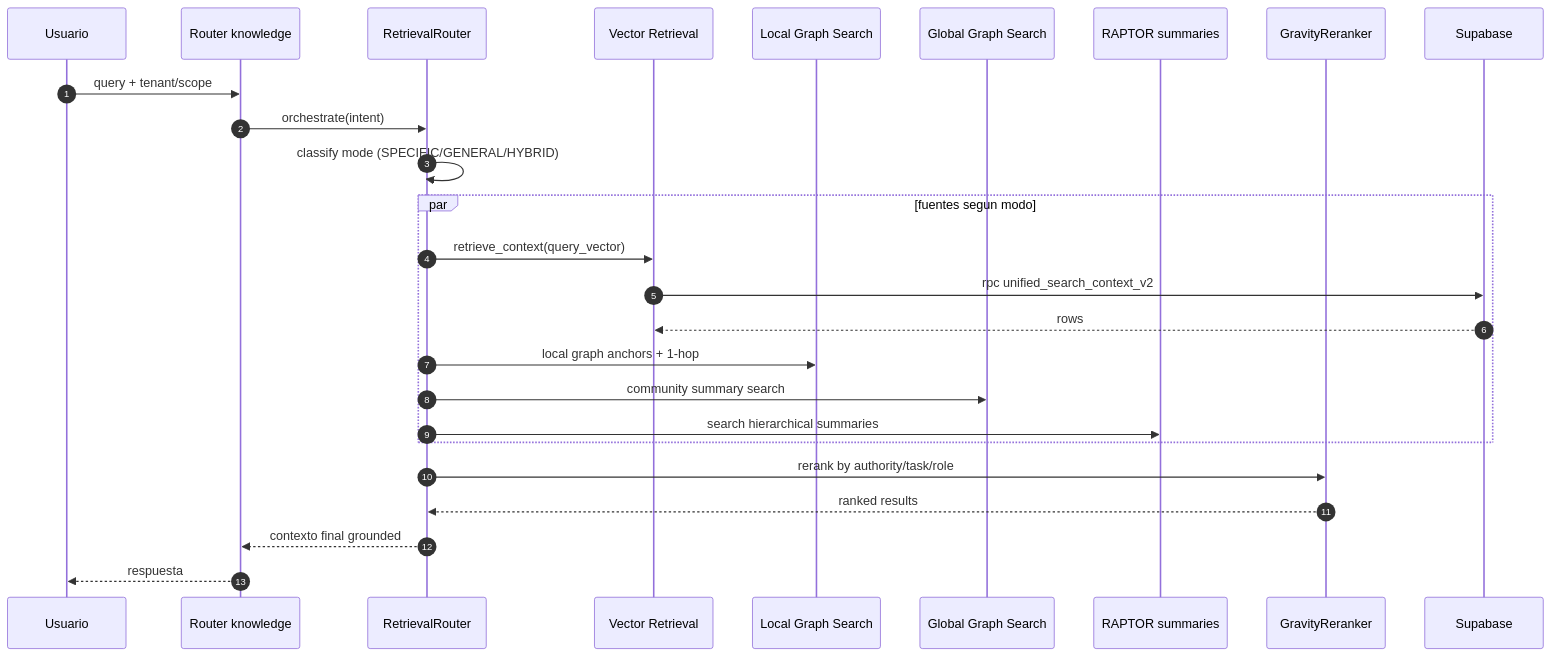
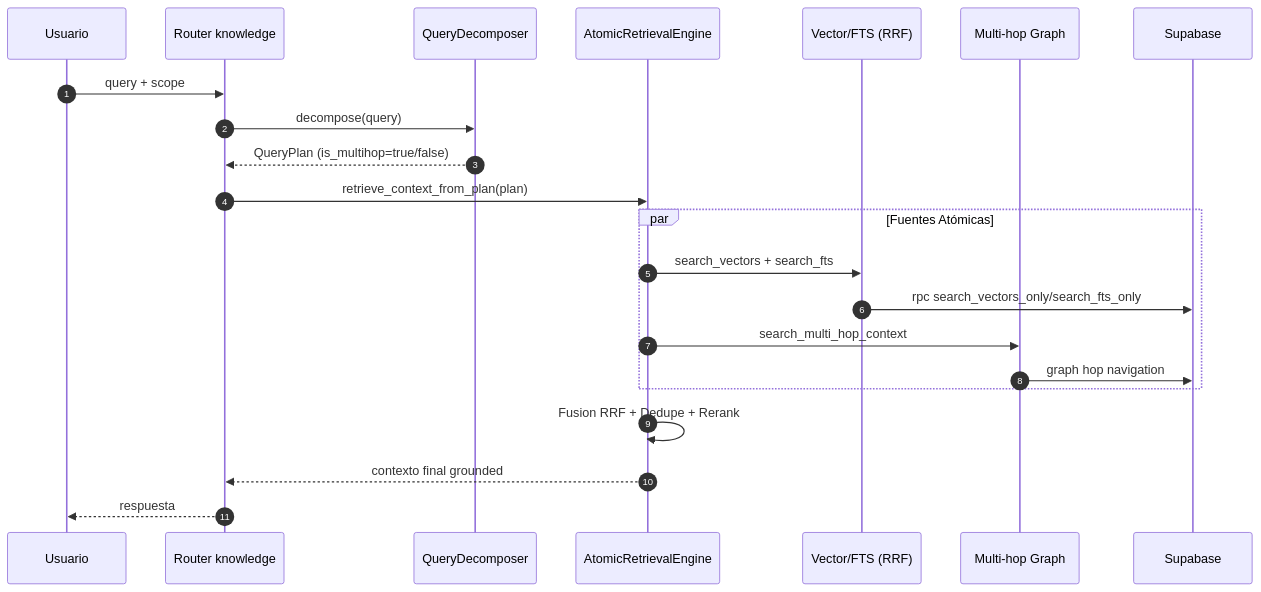
Before and after one commit to mcalza96/CIRE-RAG: the eighth of 11 diagrams in rag-ingestion/docs/flows-and-diagrams.md, drawn with Mermaid. The commit also changed other lines of this file and 25 other files, not shown here.

Commit message:
docs: update architecture diagrams and flows to reflect atomic engine and bootstrap fix

````diff
--- a/rag-ingestion/docs/flows-and-diagrams.md
+++ b/rag-ingestion/docs/flows-and-diagrams.md
@@ -181,31 +176,28 @@
 ```mermaid
 sequenceDiagram
     autonumber
     participant U as Usuario
     participant API as Router knowledge
-    participant ORQ as RetrievalRouter
-    participant V as Vector Retrieval
-    participant LG as Local Graph Search
-    participant GG as Global Graph Search
-    participant RP as RAPTOR summaries
-    participant RR as GravityReranker
+    participant QP as QueryDecomposer
+    participant ORQ as AtomicRetrievalEngine
+    participant V as Vector/FTS (RRF)
+    participant G as Multi-hop Graph
     participant DB as Supabase
 
-    U->>API: query + tenant/scope
-    API->>ORQ: orchestrate(intent)
-    ORQ->>ORQ: classify mode (SPECIFIC/GENERAL/HYBRID)
+    U->>API: query + scope
+    API->>QP: decompose(query)
+    QP-->>API: QueryPlan (is_multihop=true/false)
 
-    par fuentes segun modo
-      ORQ->>V: retrieve_context(query_vector)
-      V->>DB: rpc unified_search_context_v2
-      DB-->>V: rows
-      ORQ->>LG: local graph anchors + 1-hop
-      ORQ->>GG: community summary search
-      ORQ->>RP: search hierarchical summaries
+    API->>ORQ: retrieve_context_from_plan(plan)
+    
+    par Fuentes Atómicas
+      ORQ->>V: search_vectors + search_fts
+      V->>DB: rpc search_vectors_only/search_fts_only
+      ORQ->>G: search_multi_hop_context
+      G->>DB: graph hop navigation
     end
 
-    ORQ->>RR: rerank by authority/task/role
-    RR-->>ORQ: ranked results
+    ORQ->>ORQ: Fusion RRF + Dedupe + Rerank
     ORQ-->>API: contexto final grounded
     API-->>U: respuesta
 ```
````
